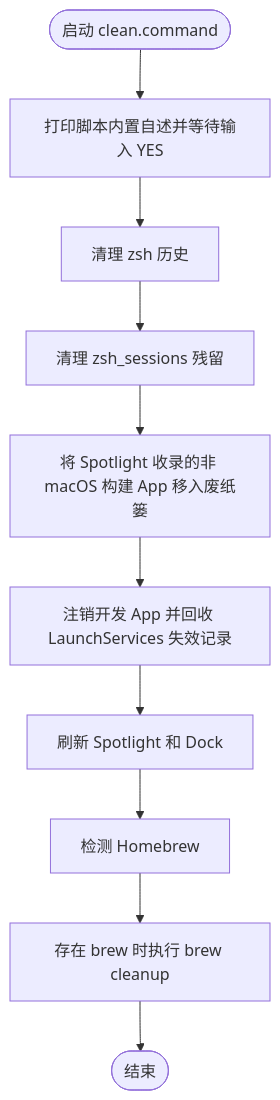
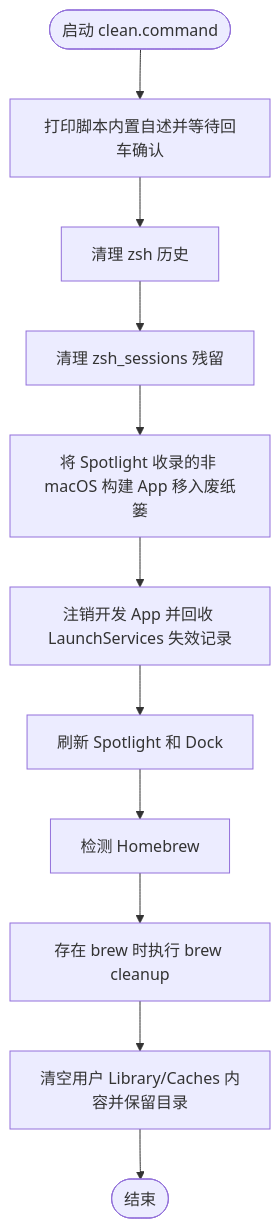
One commit to JobsKits/JobsMacEnvVarConfigs changed the diagram in scripts/clean.command/README.md. Above: the diagram before and after it, drawn with Mermaid. The commit also changed other lines of this file and 4 other files, not shown here.

````diff
--- a/scripts/clean.command/README.md
+++ b/scripts/clean.command/README.md
@@ -66,22 +68,24 @@
 ```mermaid
 flowchart TD
     A([启动 clean.command])
-    B[打印脚本内置自述并等待输入 YES]
+    B[打印脚本内置自述并等待回车确认]
     A --> B
     C[清理 zsh 历史]
     B --> C
     D[清理 zsh_sessions 残留]
     C --> D
     E[将 Spotlight 收录的非 macOS 构建 App 移入废纸篓]
     D --> E
     F[注销开发 App 并回收 LaunchServices 失效记录]
     E --> F
     G[刷新 Spotlight 和 Dock]
     F --> G
     H[检测 Homebrew]
     G --> H
     I[存在 brew 时执行 brew cleanup]
     H --> I
-    J([结束])
+    J[清空用户 Library/Caches 内容并保留目录]
     I --> J
+    K([结束])
+    J --> K
 ```
````
